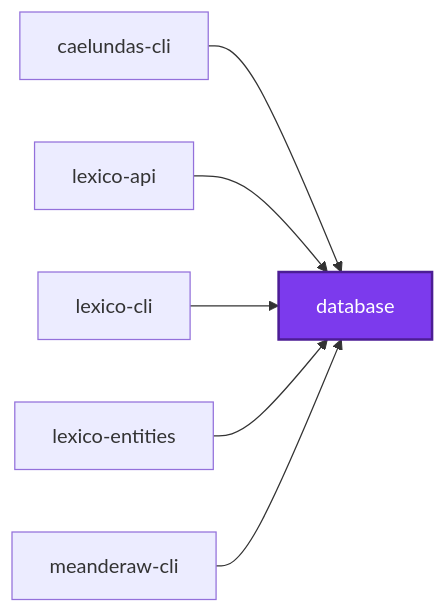
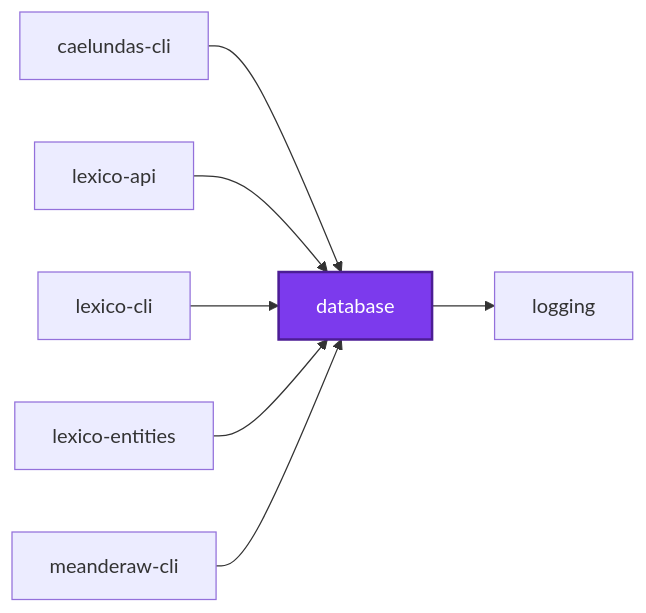
Before and after one commit to organizzolini/codebase: the first of 3 diagrams in projects/database/README.md, drawn with Mermaid. The commit also changed other lines of this file and 70 other files, not shown here.

````diff
--- a/projects/database/README.md
+++ b/projects/database/README.md
@@ -365,16 +365,18 @@
 ```mermaid
 graph LR
   caelundas_cli["caelundas-cli"]
   database["database"]
   lexico_api["lexico-api"]
   lexico_cli["lexico-cli"]
   lexico_entities["lexico-entities"]
+  logging["logging"]
   meanderaw_cli["meanderaw-cli"]
   caelundas_cli --> database
+  database --> logging
   lexico_api --> database
   lexico_cli --> database
   lexico_entities --> database
   meanderaw_cli --> database
   classDef subject fill:#7c3aed,color:#fff,stroke:#4c1d95,stroke-width:2px
   class database subject
 ```
````
